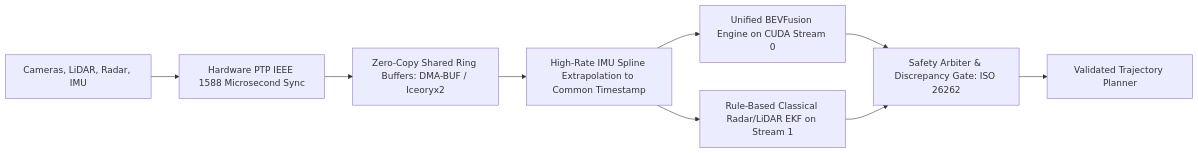
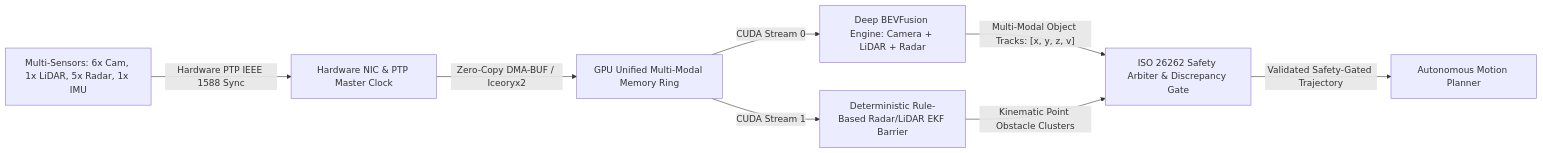
The first of 2 diagrams in topics/sensor-fusion/02-production-pipeline-and-workarounds.md (sergiomh499/cv-projects), drawn with Mermaid before and after one commit. The commit also changed other lines of this file and 41 other files, not shown here.

Commit message:
docs(vault): deep expansion across 20 topic production pipelines, 2025-2026 architectures (RF-DETR, Qwen2.5-VL, MambaVision), and complete taxonomy matrices

````diff
--- a/topics/sensor-fusion/02-production-pipeline-and-workarounds.md
+++ b/topics/sensor-fusion/02-production-pipeline-and-workarounds.md
@@ -29,12 +35,10 @@
 ```mermaid
 flowchart LR
-    Sensors["Cameras, LiDAR, Radar, IMU"] --> PTP["Hardware PTP IEEE 1588 Microsecond Sync"]
-    PTP --> DMA["Zero-Copy Shared Ring Buffers: DMA-BUF / Iceoryx2"]
-    DMA --> Extrapolate["High-Rate IMU Spline Extrapolation to Common Timestamp"]
-    Extrapolate --> BEVFusion["Unified BEVFusion Engine on CUDA Stream 0"]
-    Extrapolate --> SafeRule["Rule-Based Classical Radar/LiDAR EKF on Stream 1"]
-    BEVFusion --> Arbiter["Safety Arbiter & Discrepancy Gate: ISO 26262"]
-    SafeRule --> Arbiter
-    Arbiter --> Plan["Validated Trajectory Planner"]
-
+    Sensors["Multi-Sensors: 6x Cam, 1x LiDAR, 5x Radar, 1x IMU"] -->|"Hardware PTP IEEE 1588 Sync"| NIC["Hardware NIC & PTP Master Clock"]
+    NIC -->|"Zero-Copy DMA-BUF / Iceoryx2"| UnifiedMem["GPU Unified Multi-Modal Memory Ring"]
+    UnifiedMem -->|"CUDA Stream 0"| BEVFusion["Deep BEVFusion Engine: Camera + LiDAR + Radar"]
+    UnifiedMem -->|"CUDA Stream 1"| ClassicalEKF["Deterministic Rule-Based Radar/LiDAR EKF Barrier"]
+    BEVFusion -->|"Multi-Modal Object Tracks: [x, y, z, v]"| Arbiter["ISO 26262 Safety Arbiter & Discrepancy Gate"]
+    ClassicalEKF -->|"Kinematic Point Obstacle Clusters"| Arbiter
+    Arbiter -->|"Validated Safety-Gated Trajectory"| Planner["Autonomous Motion Planner"]
 ```
````
